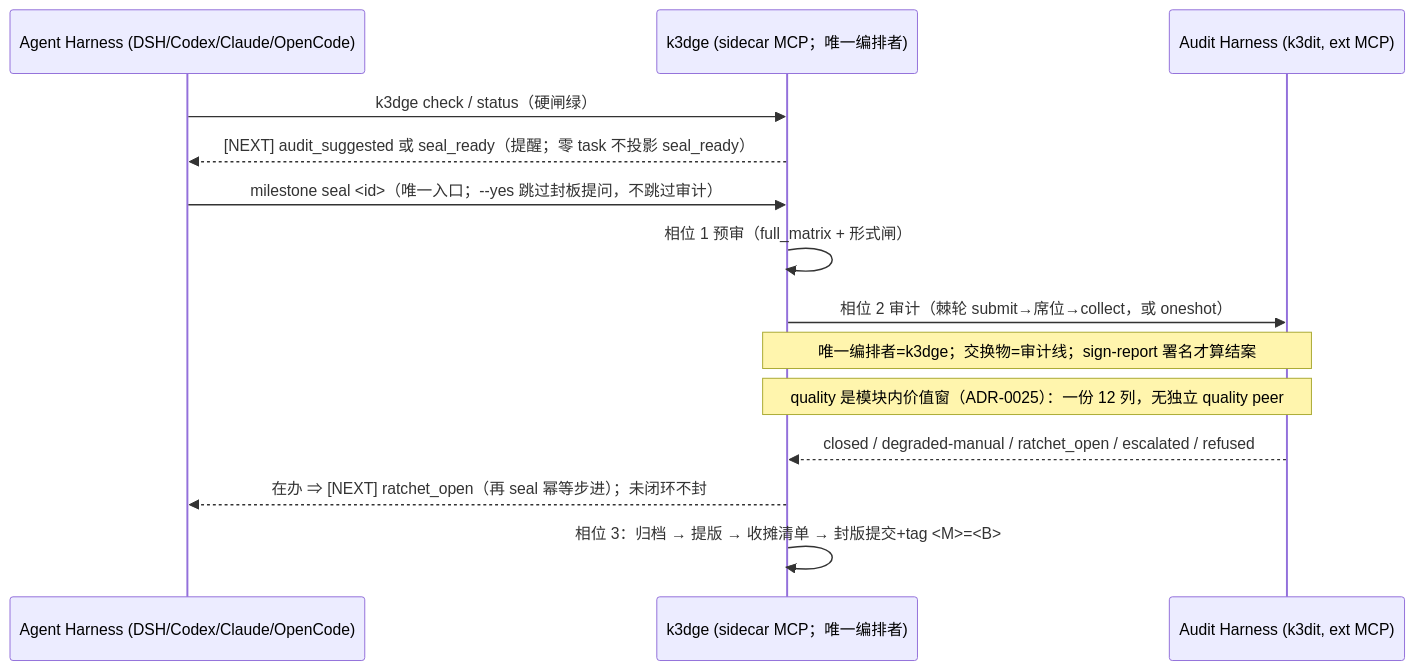
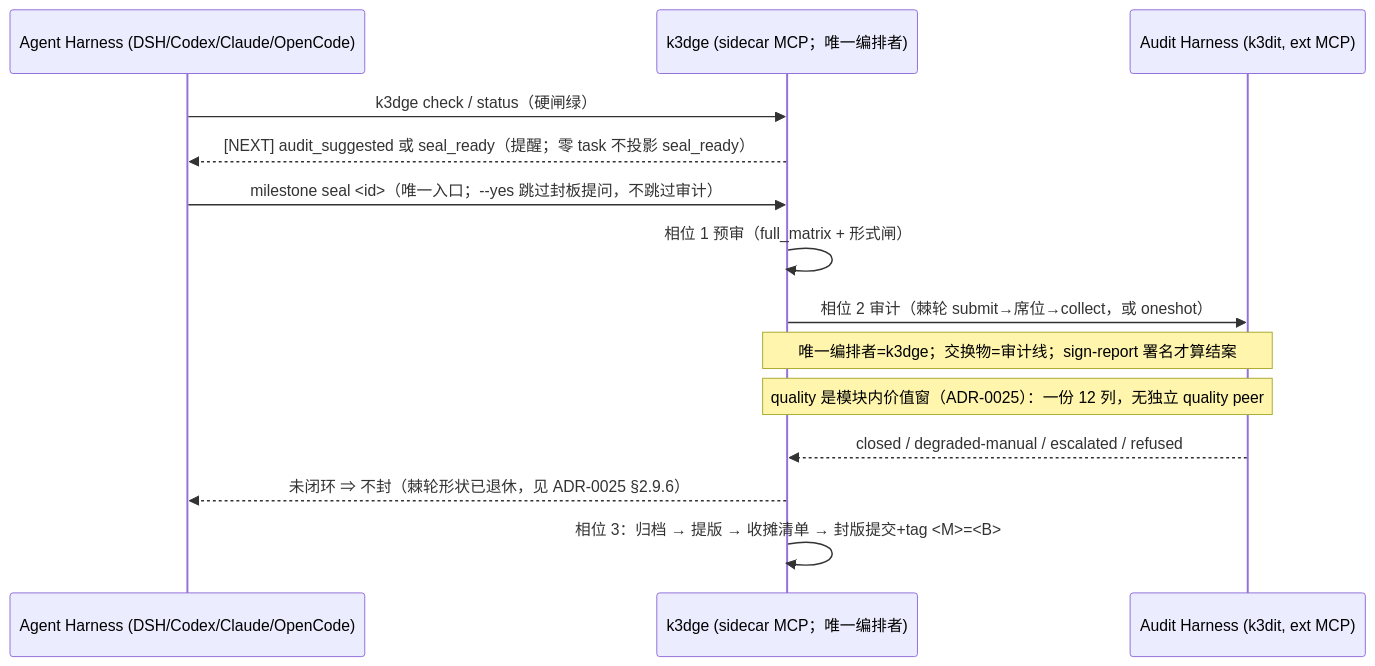
Before and after one commit to jamieplus/k3dge: the sixth of 6 diagrams in docs/architecture/overview.md, drawn with Mermaid. The commit also changed other lines of this file and 17 other files, not shown here.

First line of the commit message:
refactor(audit)!: 清掉棘轮残余（RATCHET-01）——audit_flow 裁到判据面，ratchet_open 状态退役

````diff
--- a/docs/architecture/overview.md
+++ b/docs/architecture/overview.md
@@ -180,16 +179,16 @@
 ```mermaid
 sequenceDiagram
     participant Agent as Agent Harness (DSH/Codex/Claude/OpenCode)
     participant K3 as k3dge (sidecar MCP；唯一编排者)
     participant Audit as Audit Harness (k3dit, ext MCP)
     Agent->>K3: k3dge check / status（硬闸绿）
     K3-->>Agent: [NEXT] audit_suggested 或 seal_ready（提醒；零 task 不投影 seal_ready）
     Agent->>K3: milestone seal <id>（唯一入口；--yes 跳过封板提问，不跳过审计）
     K3->>K3: 相位 1 预审（full_matrix + 形式闸）
     K3->>Audit: 相位 2 审计（棘轮 submit→席位→collect，或 oneshot）
     Note over K3,Audit: 唯一编排者=k3dge；交换物=审计线；sign-report 署名才算结案
     Note over K3,Audit: quality 是模块内价值窗（ADR-0025）：一份 12 列，无独立 quality peer
-    Audit-->>K3: closed / degraded-manual / ratchet_open / escalated / refused
-    K3-->>Agent: 在办 ⇒ [NEXT] ratchet_open（再 seal 幂等步进）；未闭环不封
+    Audit-->>K3: closed / degraded-manual / escalated / refused
+    K3-->>Agent: 未闭环 ⇒ 不封（棘轮形状已退休，见 ADR-0025 §2.9.6）
     K3->>K3: 相位 3：归档 → 提版 → 收摊清单 → 封版提交+tag <M>=<B>
 ```
````
